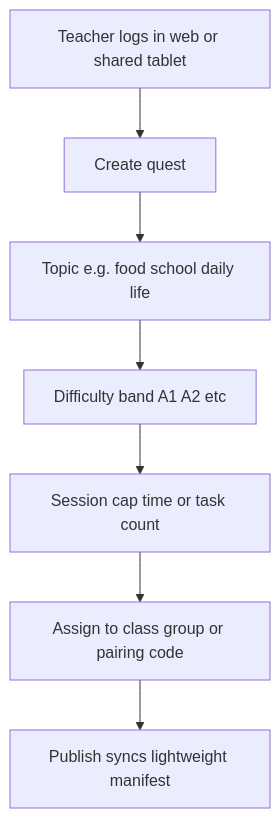
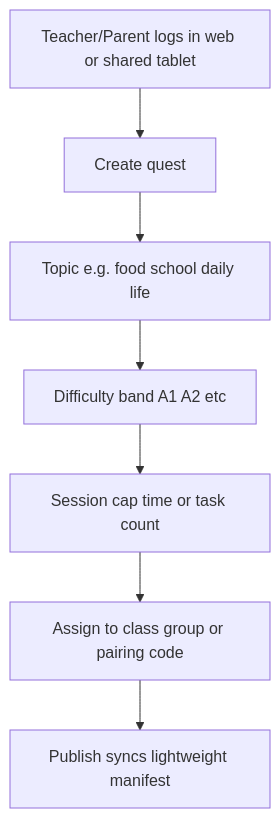
Before and after one commit to makhosi6/ikamva_lam: the seventh of 8 diagrams in design.md, drawn with Mermaid. The commit also changed other lines of this file and 8 other files, not shown here.

Commit message:
refactor: update terminology to include Teacher/Parent

````diff
--- a/design.md
+++ b/design.md
@@ -115,9 +115,9 @@
 ```mermaid
 flowchart TD
-  T1[Teacher logs in web or shared tablet] --> T2[Create quest]
+  T1[Teacher/Parent logs in web or shared tablet] --> T2[Create quest]
   T2 --> T3[Topic e.g. food school daily life]
   T3 --> T4[Difficulty band A1 A2 etc]
   T4 --> T5[Session cap time or task count]
   T5 --> T6[Assign to class group or pairing code]
   T6 --> T7[Publish syncs lightweight manifest]
 ```
````
